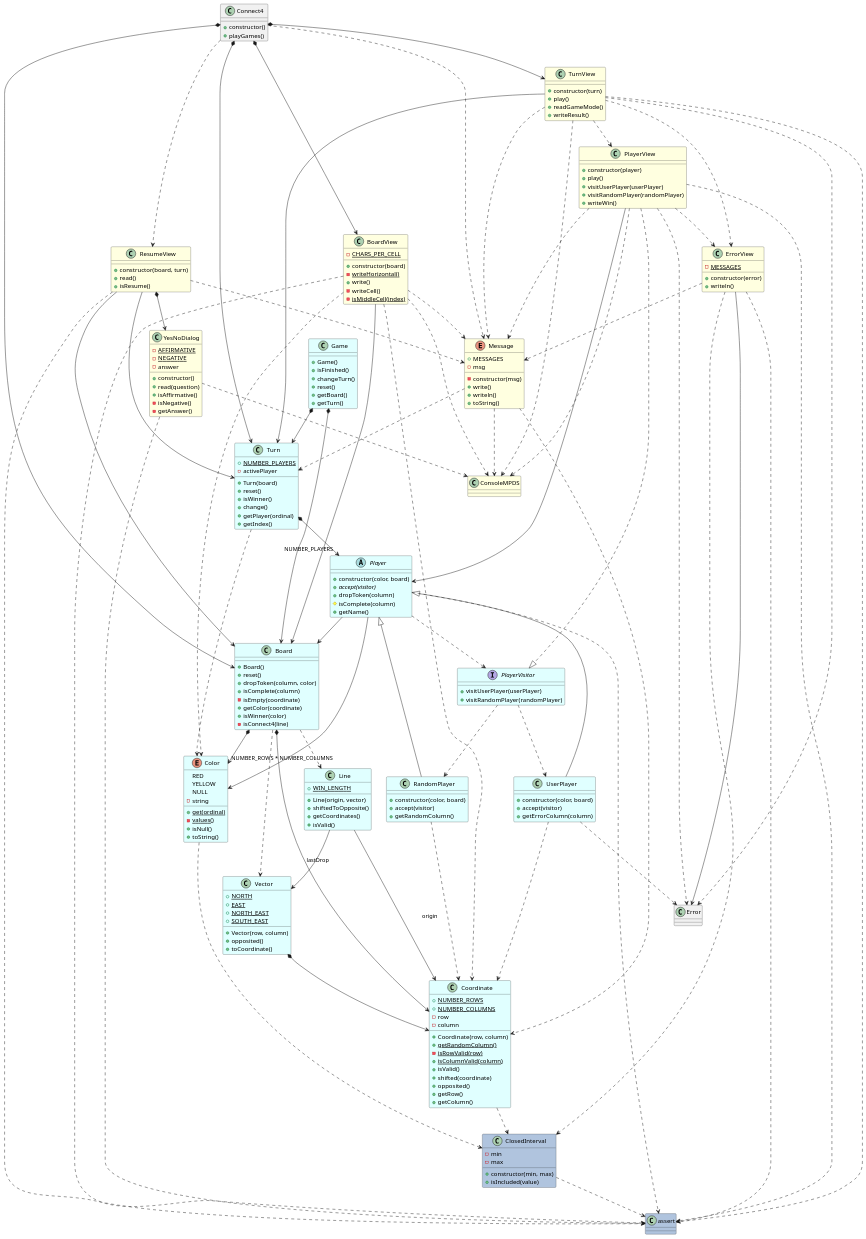
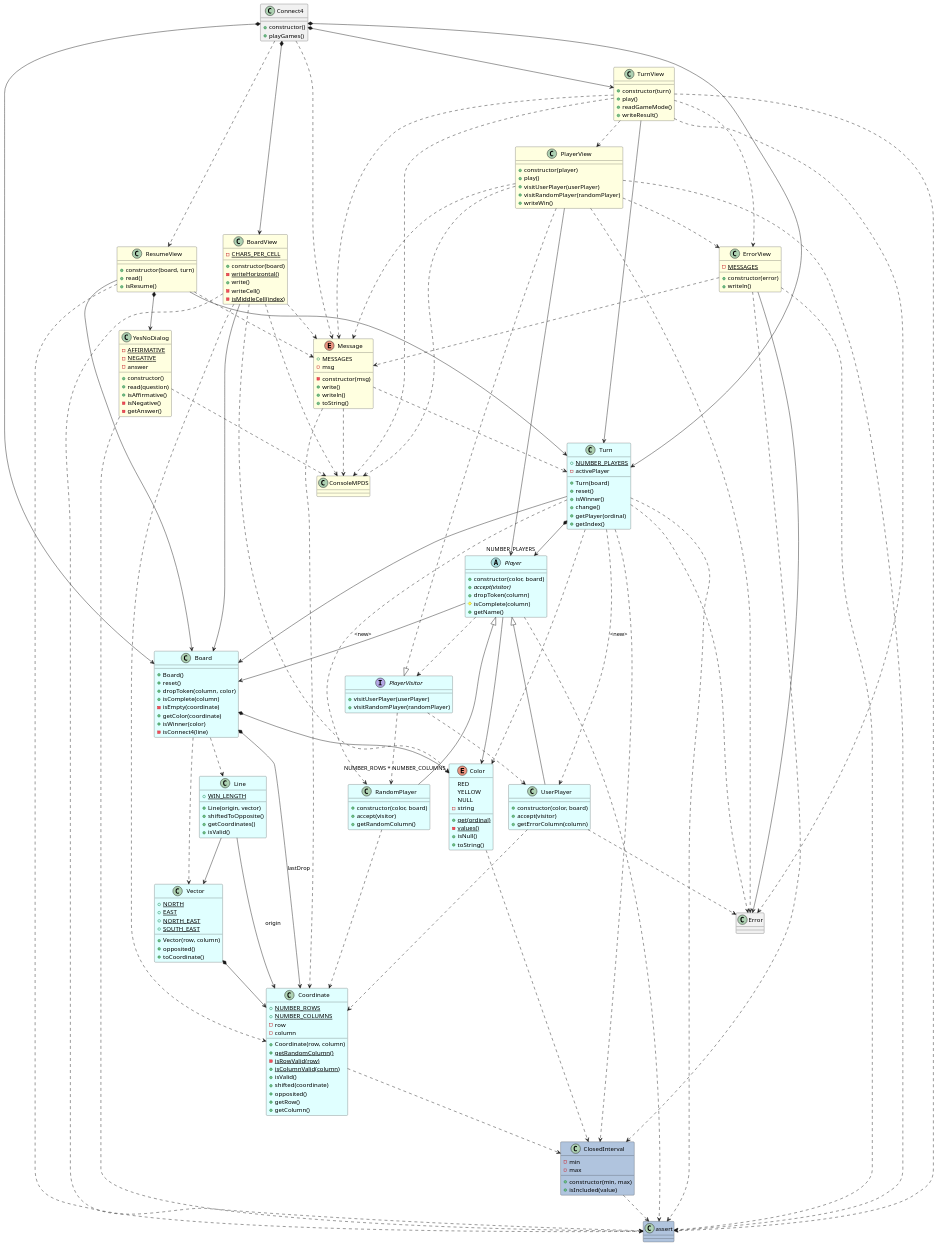
Before and after one commit to PabloMartinFluvia/myGame-connect4: the diagram in docs/dev-resume/src/analysis.plantuml, drawn with PlantUML. The commit also changed 4 other files, not shown here.

```diff
--- a/docs/dev-resume/src/analysis.plantuml
+++ b/docs/dev-resume/src/analysis.plantuml
@@ -171,25 +171,6 @@
 PlayerVisitor ..> UserPlayer
 PlayerVisitor ..> RandomPlayer
 
-
-
-
-
-
-
-
-class Game #LightCyan {
-
-    + Game()
-    + isFinished()
-    + changeTurn()
-    + reset()
-    + getBoard()
-    + getTurn()
-}
-Game *--> Board
-Game *--> Turn
-
 class Turn #LightCyan {
     + {static} NUMBER_PLAYERS
     - activePlayer
@@ -202,7 +183,22 @@
     + getIndex()
 }
 Turn *--> "NUMBER_PLAYERS" Player
+Turn --> Board
+Turn ..> UserPlayer : <new>
+Turn ..> RandomPlayer : <new>
 Turn ..> Color
+Turn ..> Error
+Turn ..> ClosedInterval
+Turn ..> assert
+
+
+
+
+
+
+
+
+
 
 
 
```
